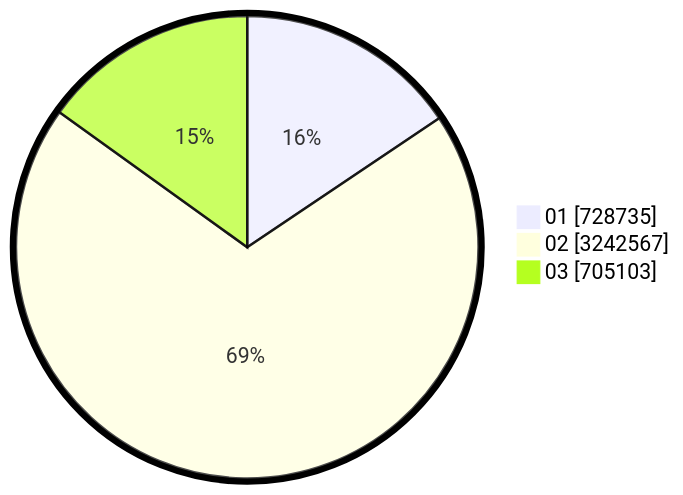
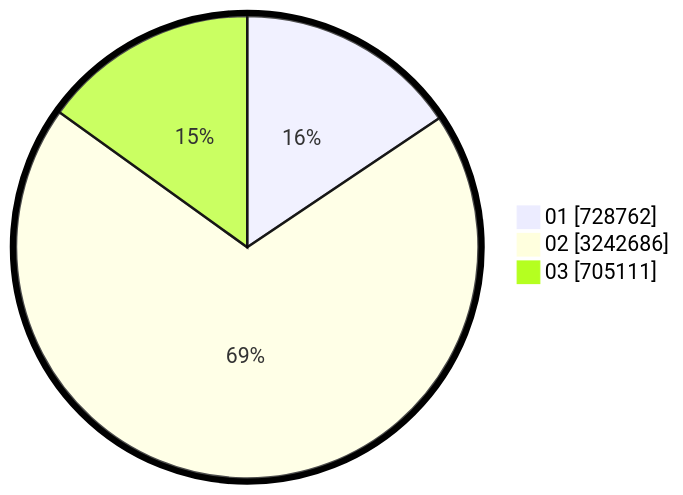
The second of 2 diagrams in pilpres/hitung-suara/sub/table-wilayah-18.md (gigit-pemilu/pemilu-2024), drawn with Mermaid before and after one commit. The commit also changed other lines of this file and 8 other files, not shown here.

````diff
--- a/pilpres/hitung-suara/sub/table-wilayah-18.md
+++ b/pilpres/hitung-suara/sub/table-wilayah-18.md
@@ -15,7 +15,7 @@
 ```mermaid
 %%{init: {"pie": {"textPosition": 0.5}, "themeVariables": {"pieOuterStrokeWidth": "5px"}} }%%
 pie showData
-    "01" : 728735
-    "02" : 3242567
-    "03" : 705103
+    "01" : 728762
+    "02" : 3242686
+    "03" : 705111
 ```
````
